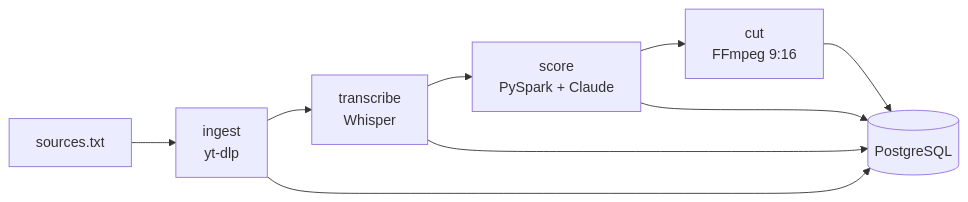
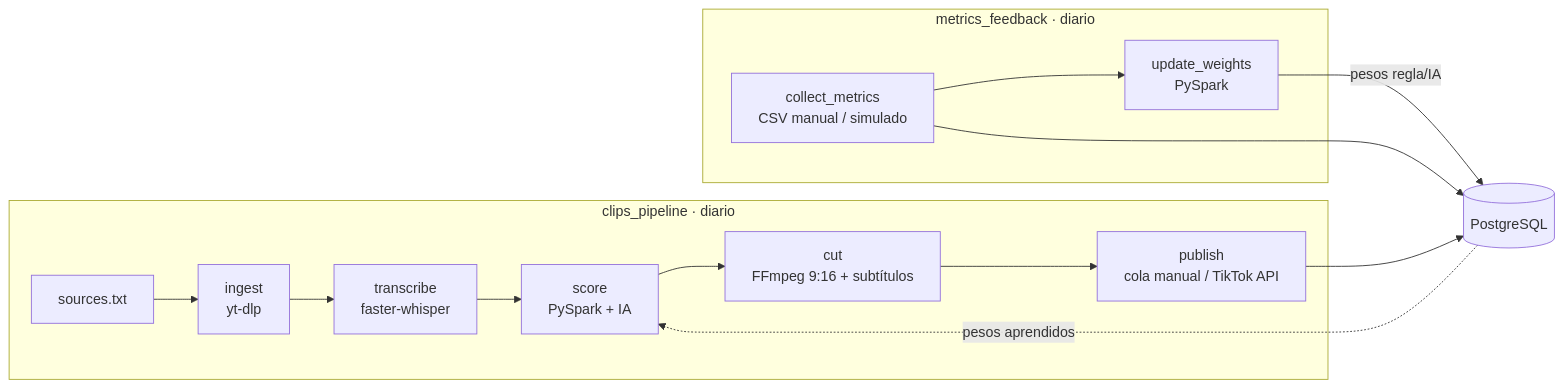
The diagram in README.md (Neydermurillo/tiktok-clips-pipeline), drawn with Mermaid before and after one commit. The commit also changed other lines of this file and 16 other files, not shown here.

````diff
--- a/README.md
+++ b/README.md
@@ -9,9 +14,17 @@
 ```mermaid
 flowchart LR
-    A[sources.txt] --> B[ingest<br/>yt-dlp]
-    B --> C[transcribe<br/>Whisper]
-    C --> D[score<br/>PySpark + Claude]
-    D --> E[cut<br/>FFmpeg 9:16]
-    E --> F[(PostgreSQL)]
-    B & C & D --> F
+    subgraph clips_pipeline [clips_pipeline · diario]
+        A[sources.txt] --> B[ingest<br/>yt-dlp]
+        B --> C[transcribe<br/>faster-whisper]
+        C --> D[score<br/>PySpark + IA]
+        D --> E[cut<br/>FFmpeg 9:16 + subtítulos]
+        E --> F[publish<br/>cola manual / TikTok API]
+    end
+    subgraph metrics_feedback [metrics_feedback · diario]
+        G[collect_metrics<br/>CSV manual / simulado] --> H[update_weights<br/>PySpark]
+    end
+    F --> PG[(PostgreSQL)]
+    G --> PG
+    H -->|pesos regla/IA| PG
+    PG -.->|pesos aprendidos| D
 ```
````
